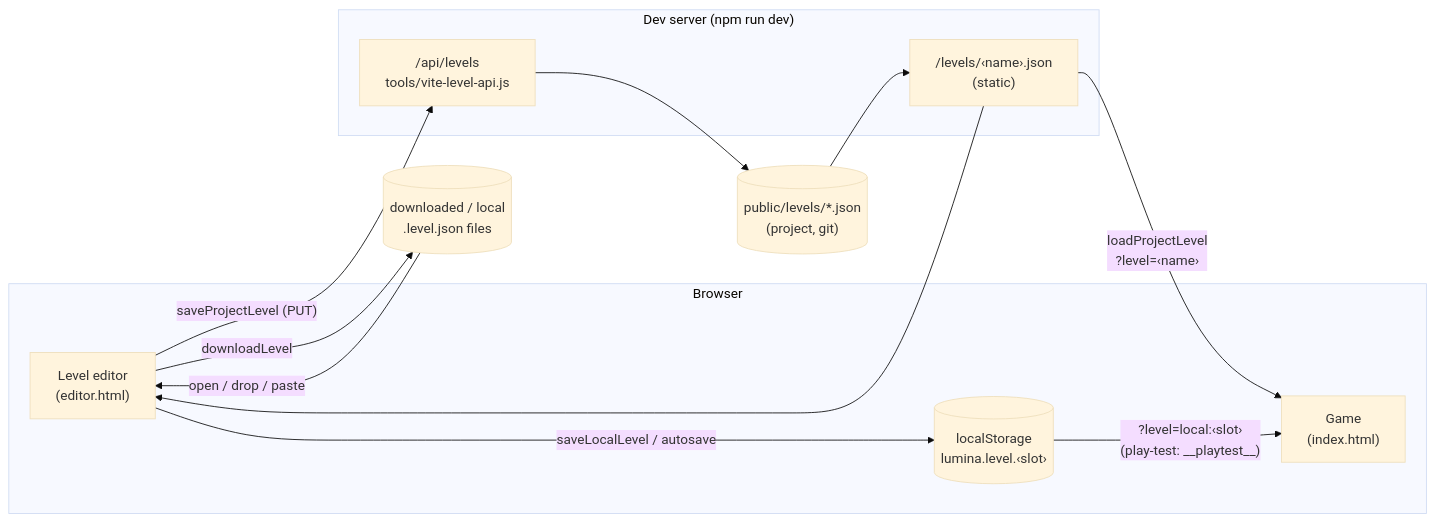
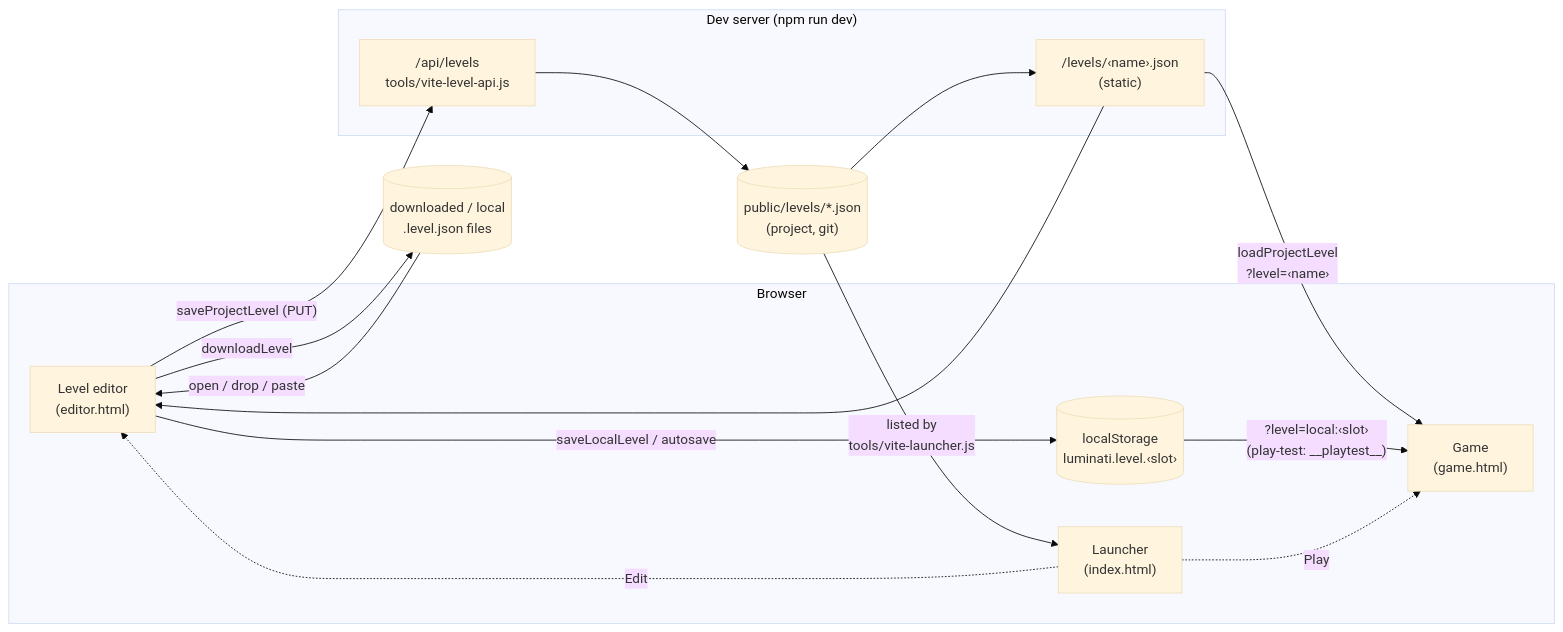
Before and after one commit to Leemonztuff/SoulDolls-Lumina: the diagram in docs/specs/LEVEL_STORAGE_API.md, drawn with Mermaid (base theme). The commit also changed other lines of this file and 586 other files, not shown here.

````diff
--- a/docs/specs/LEVEL_STORAGE_API.md
+++ b/docs/specs/LEVEL_STORAGE_API.md
@@ -46,22 +47,26 @@
 ```mermaid
 flowchart LR
   subgraph BROWSER ["Browser"]
     ED["Level editor<br/>(editor.html)"]
-    GAME["Game<br/>(index.html)"]
-    LS[("localStorage<br/>lumina.level.‹slot›")]
+    GAME["Game<br/>(game.html)"]
+    LAUNCH["Launcher<br/>(index.html)"]
+    LS[("localStorage<br/>luminati.level.‹slot›")]
   end
   subgraph DEV ["Dev server (npm run dev)"]
     API["/api/levels<br/>tools/vite-level-api.js"]
     PUB["/levels/‹name›.json<br/>(static)"]
   end
   DISK[("public/levels/*.json<br/>(project, git)")]
   FILE[("downloaded / local<br/>.level.json files")]
   ED -- "saveProjectLevel (PUT)" --> API --> DISK
   ED -- "saveLocalLevel / autosave" --> LS
   ED -- "downloadLevel" --> FILE
   FILE -- "open / drop / paste" --> ED
   DISK --> PUB
   PUB -- "loadProjectLevel<br/>?level=‹name›" --> GAME
   PUB --> ED
   LS -- "?level=local:‹slot›<br/>(play-test: __playtest__)" --> GAME
+  DISK -- "listed by<br/>tools/vite-launcher.js" --> LAUNCH
+  LAUNCH -. "Play" .-> GAME
+  LAUNCH -. "Edit" .-> ED
 ```
````
